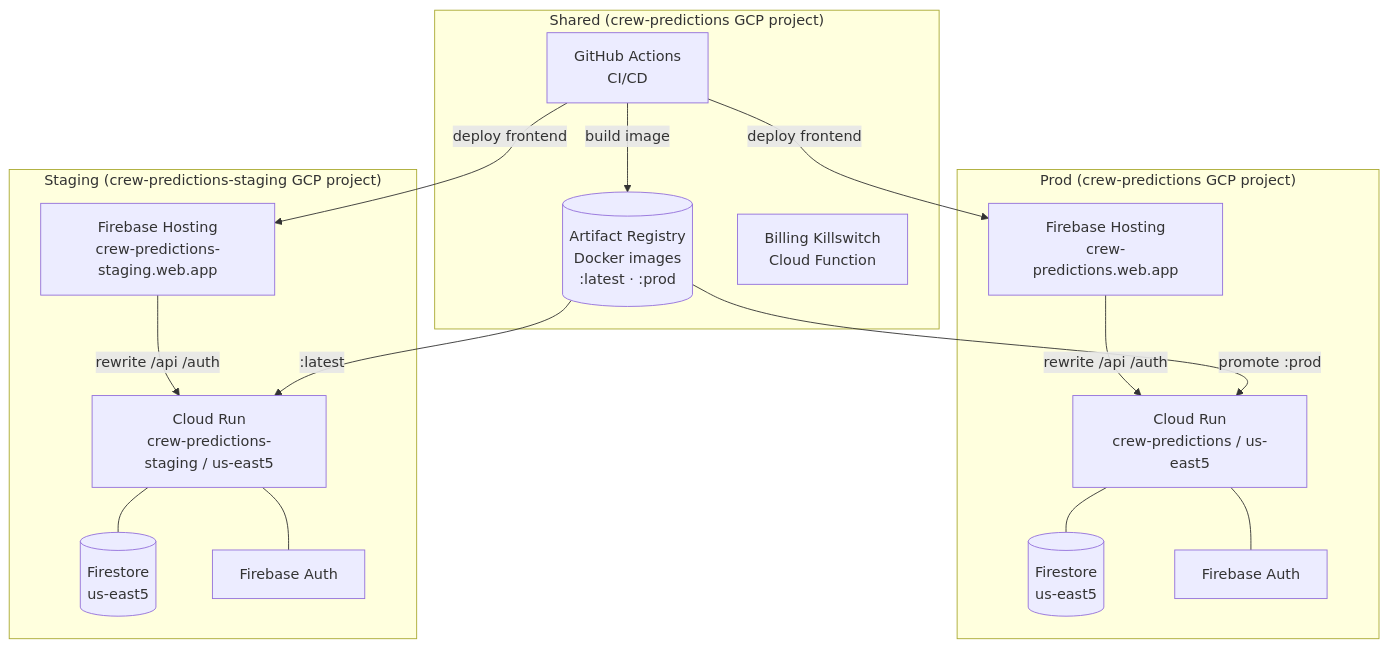
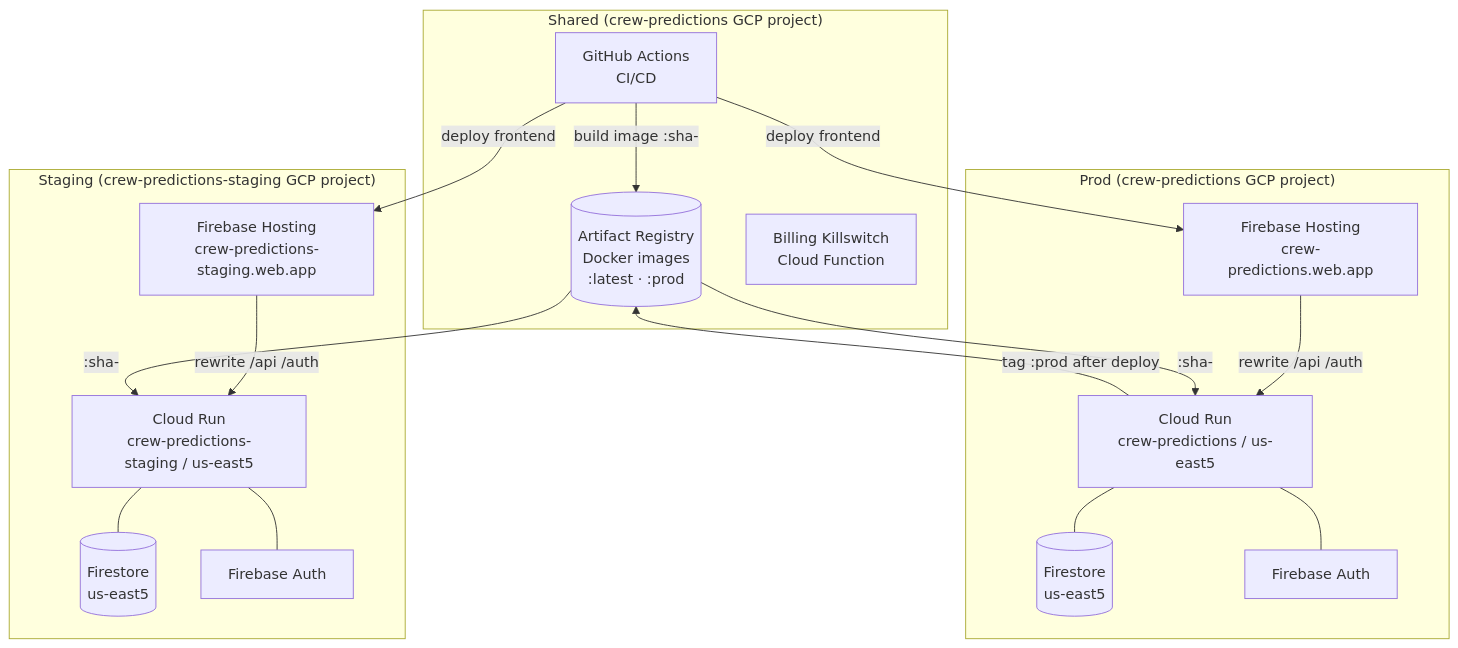
The fifth of 5 diagrams in ARCHITECTURE.md (mcornell/crew-predictions), drawn with Mermaid before and after one commit. The commit also changed other lines of this file and 6 other files, not shown here.

````diff
--- a/ARCHITECTURE.md
+++ b/ARCHITECTURE.md
@@ -303,34 +312,35 @@
 ```mermaid
 graph TD
     subgraph shared ["Shared (crew-predictions GCP project)"]
         AR[("Artifact Registry\nDocker images\n:latest · :prod")]
         GH["GitHub Actions\nCI/CD"]
         BK["Billing Killswitch\nCloud Function"]
     end
 
     subgraph prod ["Prod (crew-predictions GCP project)"]
         FHP["Firebase Hosting\ncrew-predictions.web.app"]
         CRP["Cloud Run\ncrew-predictions / us-east5"]
         FSP[("Firestore\nus-east5")]
         FAP["Firebase Auth"]
         FHP -- "rewrite /api /auth" --> CRP
         CRP --- FSP
         CRP --- FAP
     end
 
     subgraph staging ["Staging (crew-predictions-staging GCP project)"]
         FHS["Firebase Hosting\ncrew-predictions-staging.web.app"]
         CRS["Cloud Run\ncrew-predictions-staging / us-east5"]
         FSS[("Firestore\nus-east5")]
         FAS["Firebase Auth"]
         FHS -- "rewrite /api /auth" --> CRS
         CRS --- FSS
         CRS --- FAS
     end
 
-    GH -- "build image" --> AR
-    AR -- "promote :prod" --> CRP
-    AR -- ":latest" --> CRS
+    GH -- "build image :sha-<sha>" --> AR
+    AR -- ":sha-<sha>" --> CRP
+    AR -- ":sha-<sha>" --> CRS
+    CRP -- "tag :prod after deploy" --> AR
     GH -- "deploy frontend" --> FHP
     GH -- "deploy frontend" --> FHS
 ```
````
